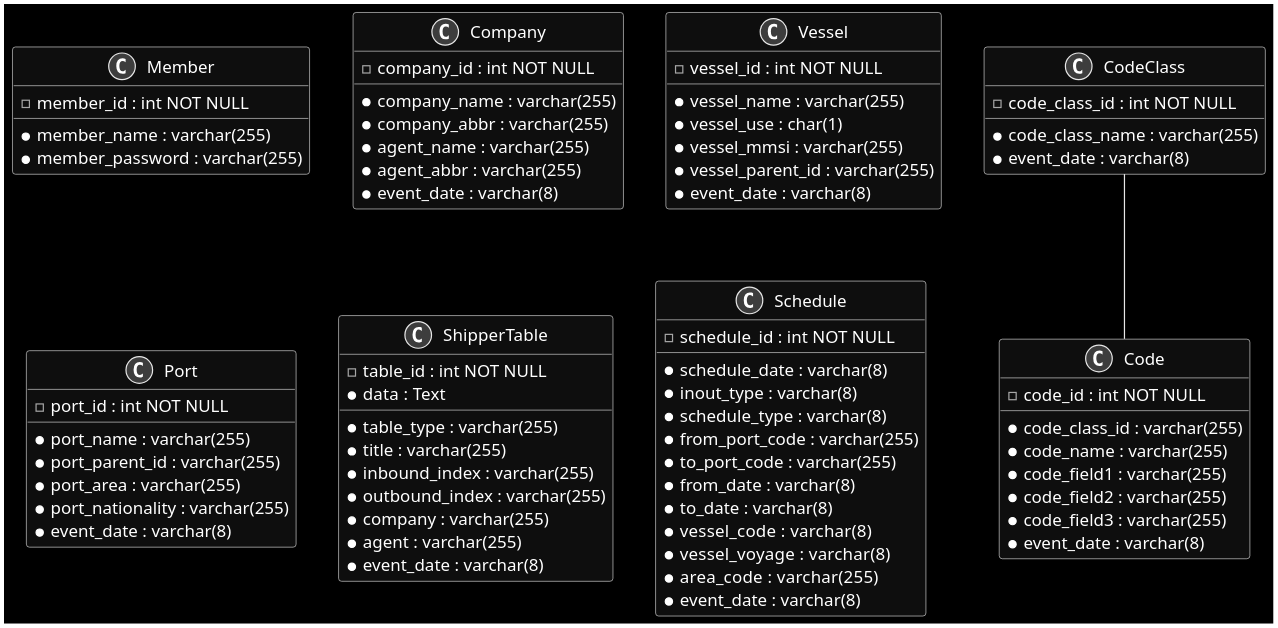
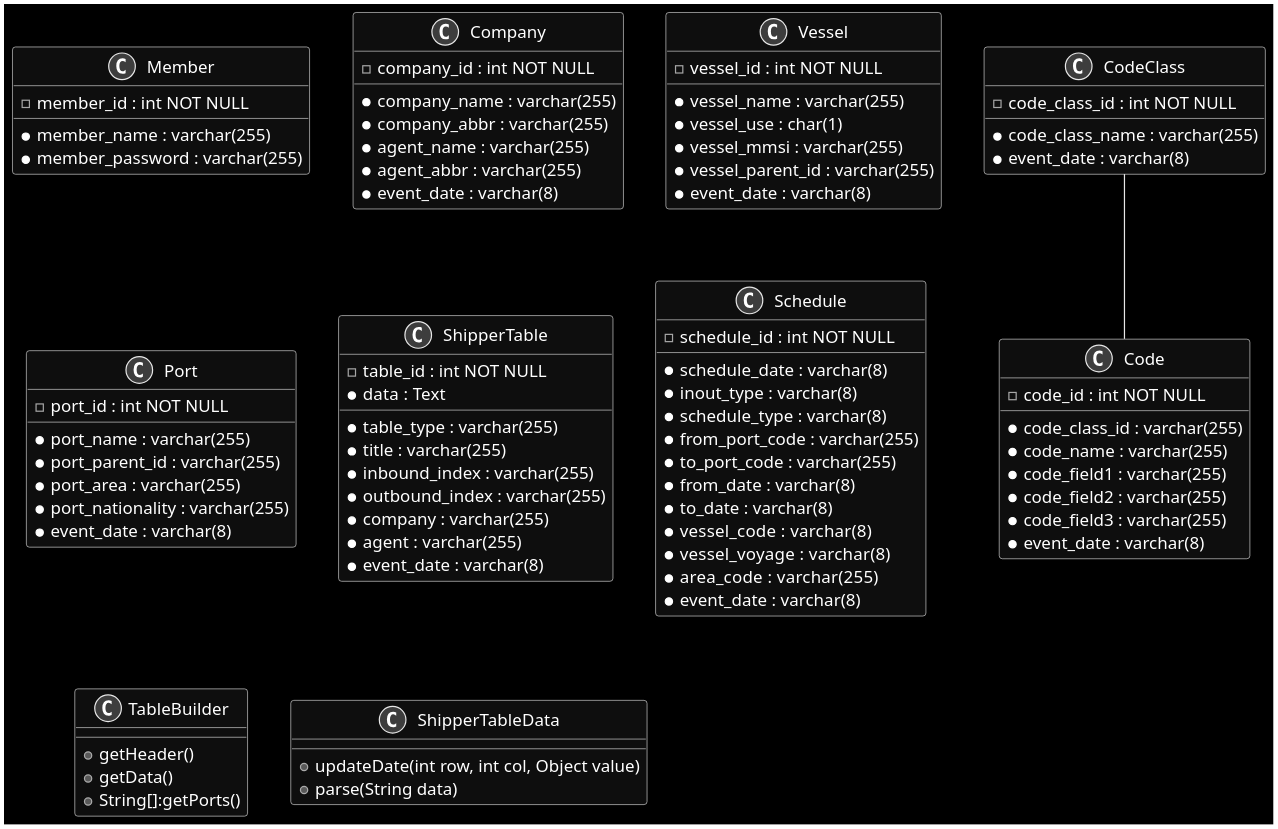
One commit to archehyun/ksg_2022 changed the diagram in model.puml. Above: the diagram before and after it, drawn with PlantUML. The commit also changed 26 other files, not shown here.

```diff
--- a/model.puml
+++ b/model.puml
@@ -1,85 +1,98 @@
 @startuml user
 
 skinparam monochrome reverse
 
 
 class "CodeClass" as codeClass {
   - code_class_id : int NOT NULL  
   * code_class_name : varchar(255)
   * event_date : varchar(8)  
 }
 
 class "Code" as code {
   - code_id : int NOT NULL
   * code_class_id : varchar(255)
   * code_name : varchar(255)
   * code_field1 : varchar(255)
   * code_field2 : varchar(255)
   * code_field3 : varchar(255)
   * event_date : varchar(8)
 }
 
 class "Member" as member {
   - member_id : int NOT NULL
   * member_name : varchar(255)
   * member_password : varchar(255)  
 }
 
 class "Company" as company {
   - company_id : int NOT NULL
   * company_name : varchar(255)
   * company_abbr : varchar(255)
   * agent_name : varchar(255)
   * agent_abbr : varchar(255)
   * event_date : varchar(8)
 }
 
 class "Vessel" as vesel {
   - vessel_id : int NOT NULL  
   * vessel_name : varchar(255)
   * vessel_use : char(1)
   * vessel_mmsi : varchar(255)
   * vessel_parent_id : varchar(255)
   * event_date : varchar(8)
 }
 
 class "Port" as port {
   - port_id : int NOT NULL  
   * port_name : varchar(255)
   * port_parent_id : varchar(255)
   * port_area : varchar(255)
   * port_nationality : varchar(255)
   * event_date : varchar(8)
 }
 
 class "ShipperTable" as shipperTable {
   - table_id : int NOT NULL
   * data : Text
   * table_type : varchar(255)
   * title : varchar(255)
   * inbound_index : varchar(255)
   * outbound_index : varchar(255)
   * company : varchar(255)
   * agent : varchar(255)
   * event_date : varchar(8)
  
 }
 
 class "Schedule" as schedule {
   - schedule_id : int NOT NULL
   * schedule_date : varchar(8)
   * inout_type : varchar(8)
   * schedule_type : varchar(8)
   * from_port_code : varchar(255)
   * to_port_code : varchar(255)
   * from_date : varchar(8)
   * to_date : varchar(8)
   * vessel_code  : varchar(8)
   * vessel_voyage  : varchar(8)
   * area_code  : varchar(255)
   * event_date : varchar(8)
 }
 
+class TableBuilder
+{
+  +getHeader()
+  +getData()
+  +String[]:getPorts()
+}
+
+class ShipperTableData
+{
+  +updateDate(int row, int col, Object value)
+  +parse(String data)
+}
+
 
 codeClass -- code
 @enduml
```
